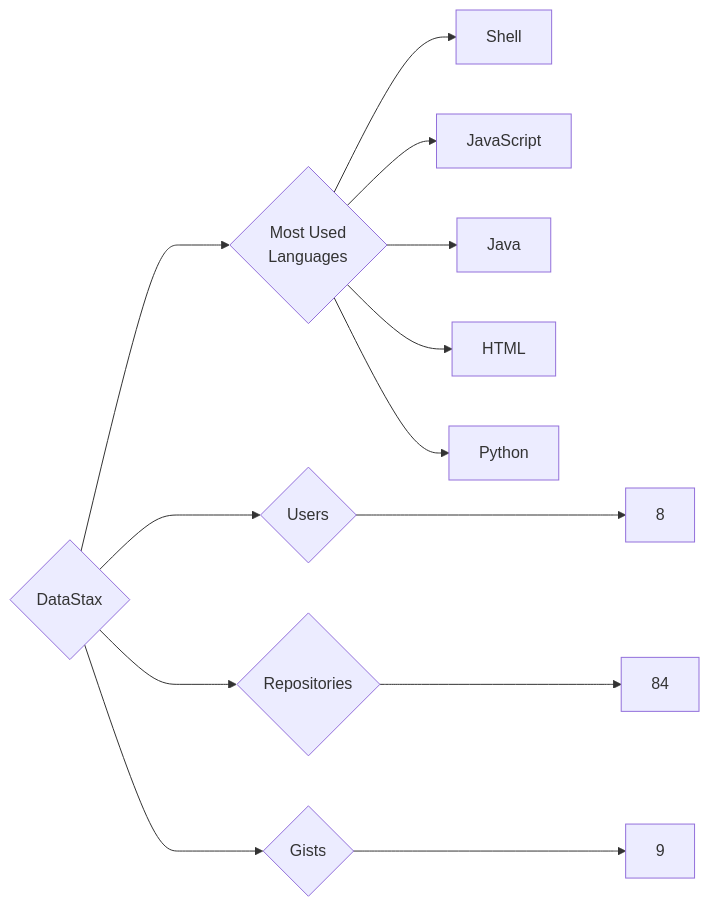
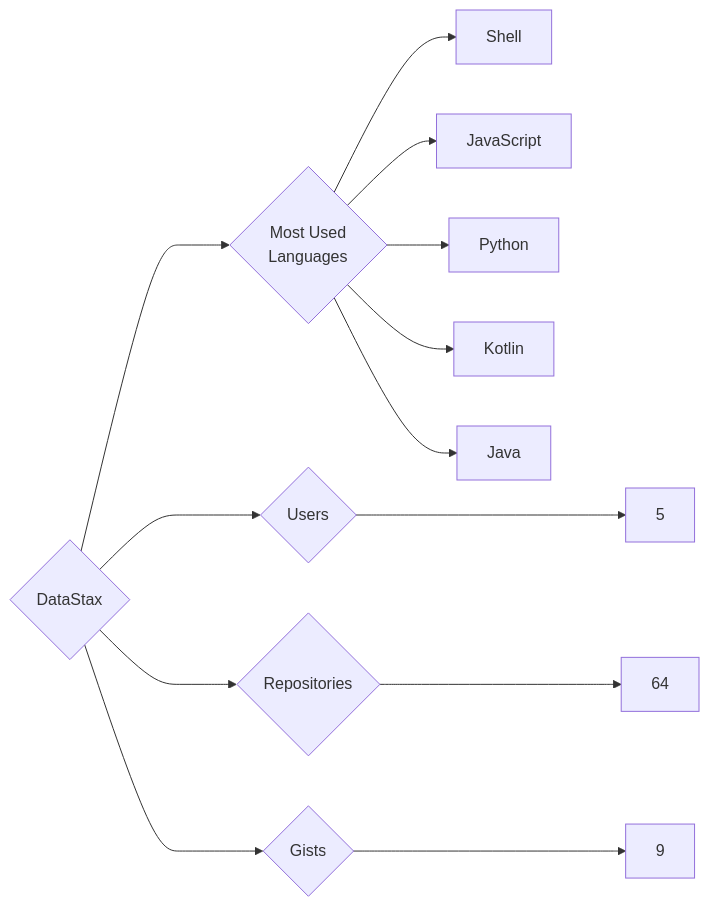
Before and after one commit to trickest/insiders: the diagram in targets/DataStax/README.md, drawn with Mermaid. The commit also changed 985 other files, not shown here.

````diff
--- a/targets/DataStax/README.md
+++ b/targets/DataStax/README.md
@@ -3,13 +3,13 @@
 ```mermaid
 graph LR
 COMPANY_NAME{DataStax}
-COMPANY_NAME ---> U{Users} ---> UN[8]
-COMPANY_NAME ---> R{Repositories} ---> RN[84]
+COMPANY_NAME ---> U{Users} ---> UN[5]
+COMPANY_NAME ---> R{Repositories} ---> RN[64]
 COMPANY_NAME ---> G{Gists} ---> GN[9]
 COMPANY_NAME ---> ML{Most Used<br>Languages}
 ML --> Shell[Shell]
 ML --> JavaScript[JavaScript]
+ML --> Python[Python]
+ML --> Kotlin[Kotlin]
 ML --> Java[Java]
-ML --> HTML[HTML]
-ML --> Python[Python]
 ```
````
